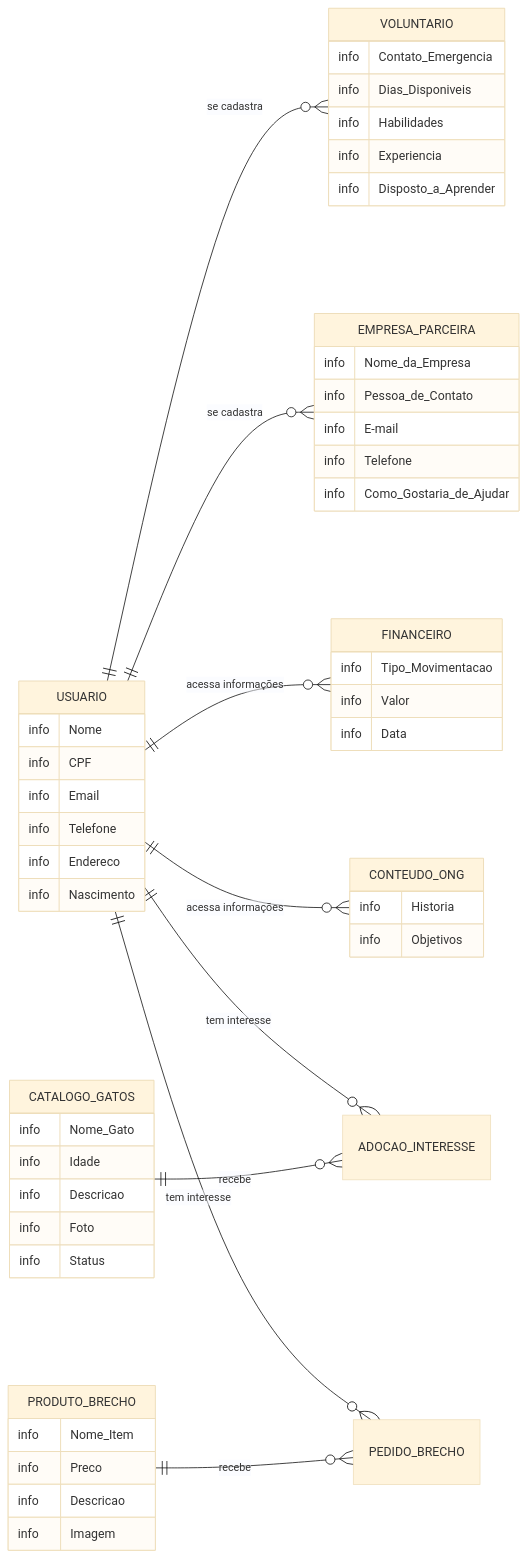
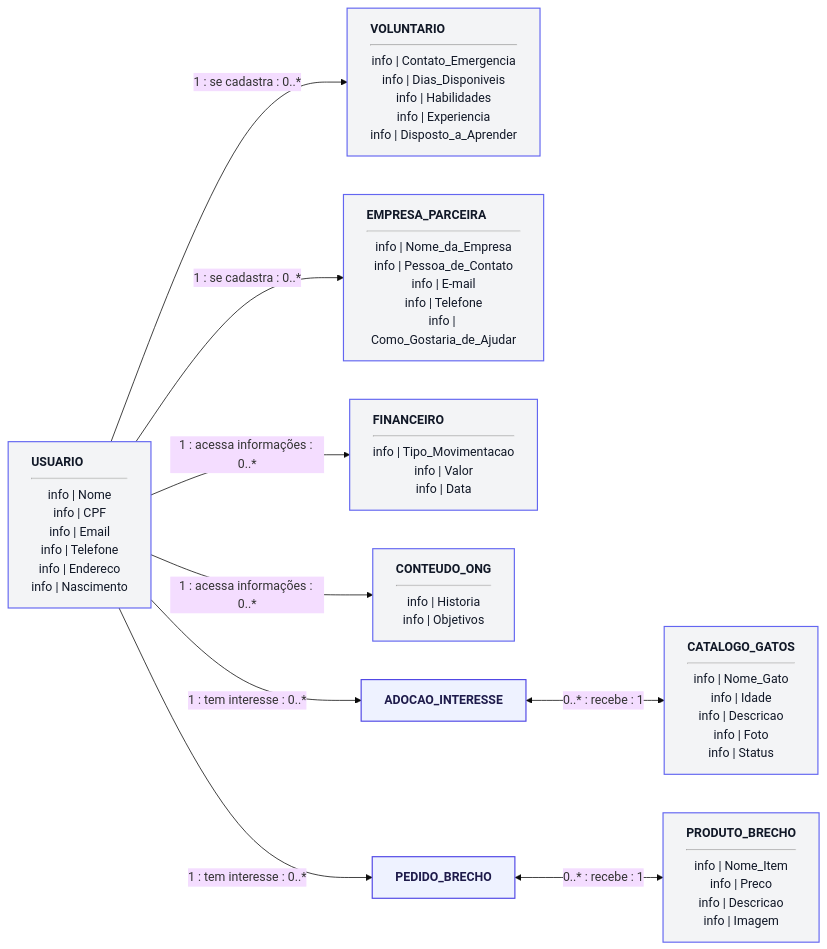
The eighth of 9 diagrams in README.md (ligiaoliveira/Casa-dos-Gatos), drawn with Mermaid (base theme) before and after one commit.

Commit message:
Update ER diagram syntax from erDiagram to flowchart

````diff
--- a/README.md
+++ b/README.md
@@ -497,74 +497,38 @@
 ```mermaid
-erDiagram
-    direction LR
+flowchart LR
+    classDef entidade fill:#f3f4f6,stroke:#6366f1,stroke-width:1.5px,color:#111827,text-align:left;
+    classDef associativa fill:#eef2ff,stroke:#4f46e5,stroke-width:1.5px,color:#1e1b4b,font-weight:bold;
 
-    USUARIO {
-        info Nome
-        info CPF
-        info Email
-        info Telefone
-        info Endereco
-        info Nascimento
-    }
+    %% Entidade Principal à Esquerda
+    USUARIO["<b>USUARIO</b><hr/>info | Nome<br/>info | CPF<br/>info | Email<br/>info | Telefone<br/>info | Endereco<br/>info | Nascimento"]:::entidade
 
-    VOLUNTARIO {
-        info Contato_Emergencia
-        info Dias_Disponiveis
-        info Habilidades
-        info Experiencia
-        info Disposto_a_Aprender
-    }
+    %% Entidades Derivadas no Centro (espalhadas horizontalmente)
+    VOLUNTARIO["<b>VOLUNTARIO</b><hr/>info | Contato_Emergencia<br/>info | Dias_Disponiveis<br/>info | Habilidades<br/>info | Experiencia<br/>info | Disposto_a_Aprender"]:::entidade
 
-    EMPRESA_PARCEIRA {
-        info Nome_da_Empresa
-        info Pessoa_de_Contato
-        info E-mail
-        info Telefone
-        info Como_Gostaria_de_Ajudar
-    }
+    EMPRESA_PARCEIRA["<b>EMPRESA_PARCEIRA</b><hr/>info | Nome_da_Empresa<br/>info | Pessoa_de_Contato<br/>info | E-mail<br/>info | Telefone<br/>info | Como_Gostaria_de_Ajudar"]:::entidade
 
-    FINANCEIRO {
-        info Tipo_Movimentacao
-        info Valor
-        info Data
-    }
+    FINANCEIRO["<b>FINANCEIRO</b><hr/>info | Tipo_Movimentacao<br/>info | Valor<br/>info | Data"]:::entidade
 
-    CONTEUDO_ONG {
-        info Historia
-        info Objetivos
-    }
+    CONTEUDO_ONG["<b>CONTEUDO_ONG</b><hr/>info | Historia<br/>info | Objetivos"]:::entidade
 
-    CATALOGO_GATOS {
-        info Nome_Gato
-        info Idade
-        info Descricao
-        info Foto
-        info Status
-    }
+    ADOCAO_INTERESSE["<b>ADOCAO_INTERESSE</b>"]:::associativa
+    PEDIDO_BRECHO["<b>PEDIDO_BRECHO</b>"]:::associativa
 
-    ADOCAO_INTERESSE {
-    }
+    %% Catálogos à Direita
+    CATALOGO_GATOS["<b>CATALOGO_GATOS</b><hr/>info | Nome_Gato<br/>info | Idade<br/>info | Descricao<br/>info | Foto<br/>info | Status"]:::entidade
 
-    PRODUTO_BRECHO {
-        info Nome_Item
-        info Preco
-        info Descricao
-        info Imagem
-    }
+    PRODUTO_BRECHO["<b>PRODUTO_BRECHO</b><hr/>info | Nome_Item<br/>info | Preco<br/>info | Descricao<br/>info | Imagem"]:::entidade
 
-    PEDIDO_BRECHO {
-    }
+    %% Relacionamentos Horizontais (1 para 0..N)
+    USUARIO -->|"1 : se cadastra : 0..*"| VOLUNTARIO
+    USUARIO -->|"1 : se cadastra : 0..*"| EMPRESA_PARCEIRA
+    USUARIO -->|"1 : acessa informações : 0..*"| FINANCEIRO
+    USUARIO -->|"1 : acessa informações : 0..*"| CONTEUDO_ONG
 
-    %% Relacionamentos 1 para 0..N a partir de USUARIO
-    USUARIO ||--o{ VOLUNTARIO : "se cadastra"
-    USUARIO ||--o{ EMPRESA_PARCEIRA : "se cadastra"
-    USUARIO ||--o{ FINANCEIRO : "acessa informações"
-    USUARIO ||--o{ CONTEUDO_ONG : "acessa informações"
+    %% Relacionamentos Horizontais N:N via Associativas
+    USUARIO -->|"1 : tem interesse : 0..*"| ADOCAO_INTERESSE
+    ADOCAO_INTERESSE <-->|"0..* : recebe : 1"| CATALOGO_GATOS
 
-    %% Relacionamentos N para N resolvidos pelas tabelas associativas
-    USUARIO ||--o{ ADOCAO_INTERESSE : "tem interesse"
-    CATALOGO_GATOS ||--o{ ADOCAO_INTERESSE : "recebe"
-
-    USUARIO ||--o{ PEDIDO_BRECHO : "tem interesse"
-    PRODUTO_BRECHO ||--o{ PEDIDO_BRECHO : "recebe"
+    USUARIO -->|"1 : tem interesse : 0..*"| PEDIDO_BRECHO
+    PEDIDO_BRECHO <-->|"0..* : recebe : 1"| PRODUTO_BRECHO
 ```
````
